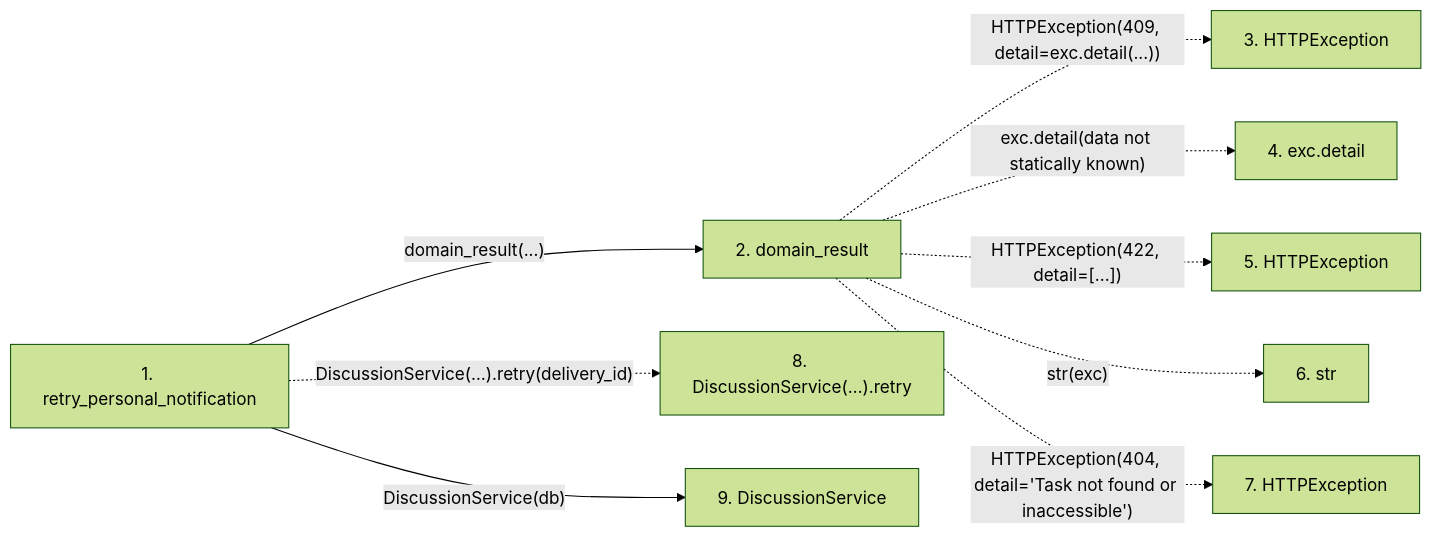
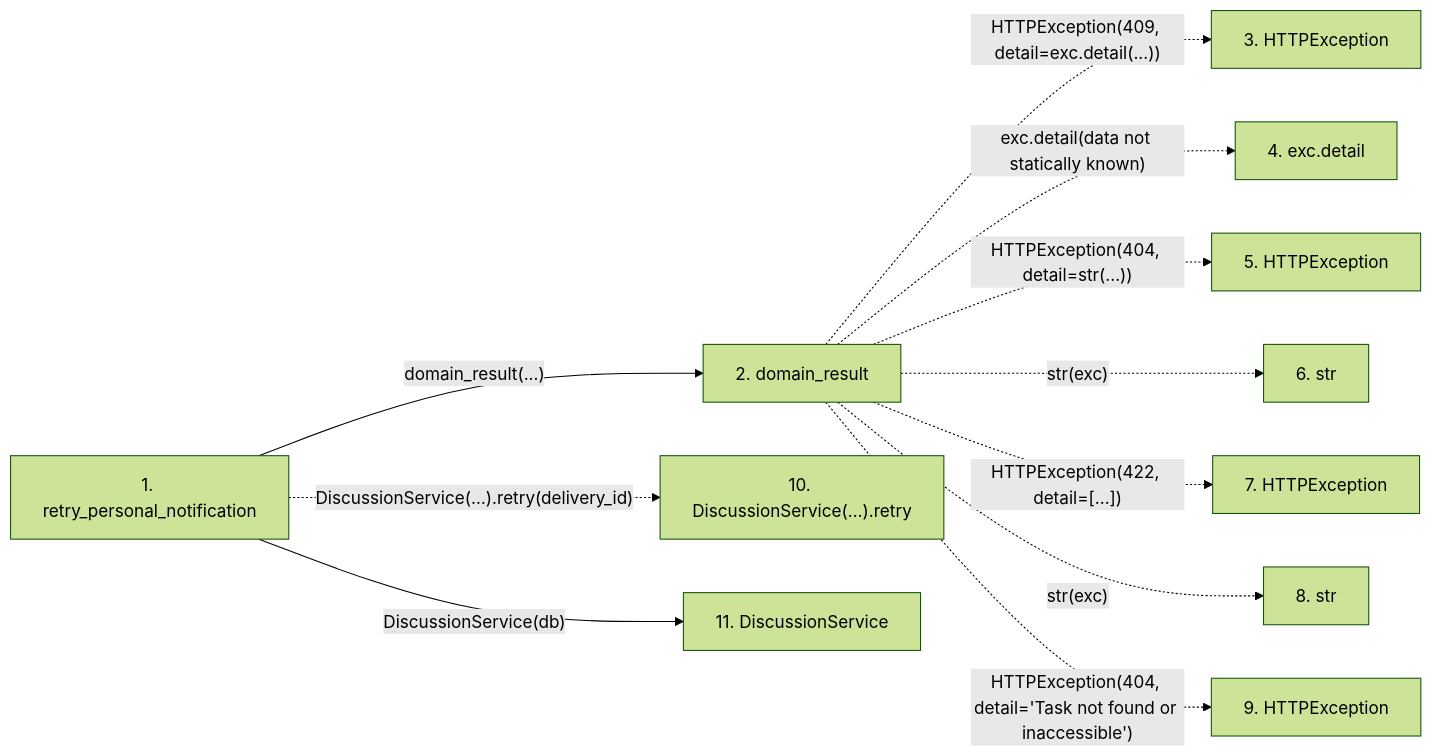
One commit to Denissvgn/WorkChord changed the second of 2 diagrams in docs/llm_wiki/flows/http-retry_personal_notification.md. Above: the diagram before and after it, drawn with Mermaid (forest theme). The commit also changed other lines of this file and 6624 other files, not shown here.

````diff
--- a/docs/llm_wiki/flows/http-retry_personal_notification.md
+++ b/docs/llm_wiki/flows/http-retry_personal_notification.md
@@ -32,23 +34,27 @@
 ```mermaid
 flowchart LR
     s1["1. retry_personal_notification"]
     s2["2. domain_result"]
     s3["3. HTTPException"]
     s4["4. exc.detail"]
     s5["5. HTTPException"]
     s6["6. str"]
     s7["7. HTTPException"]
-    s8["8. DiscussionService(…).retry"]
-    s9["9. DiscussionService"]
+    s8["8. str"]
+    s9["9. HTTPException"]
+    s10["10. DiscussionService(…).retry"]
+    s11["11. DiscussionService"]
     s1 -->|"domain_result(...)"| s2
     s2 -. "HTTPException(409, detail=exc.detail(...))" .-> s3
     s2 -. "exc.detail(data not statically known)" .-> s4
-    s2 -. "HTTPException(422, detail=[...])" .-> s5
+    s2 -. "HTTPException(404, detail=str(...))" .-> s5
     s2 -. "str(exc)" .-> s6
-    s2 -. "HTTPException(404, detail='Task not found or inaccessible')" .-> s7
-    s1 -. "DiscussionService(…).retry(delivery_id)" .-> s8
-    s1 -->|"DiscussionService(db)"| s9
+    s2 -. "HTTPException(422, detail=[...])" .-> s7
+    s2 -. "str(exc)" .-> s8
+    s2 -. "HTTPException(404, detail='Task not found or inaccessible')" .-> s9
+    s1 -. "DiscussionService(…).retry(delivery_id)" .-> s10
+    s1 -->|"DiscussionService(db)"| s11
     click s1 "../modules/routers_discussion.md"
     click s2 "../modules/routers_task_domain.md"
-    click s9 "../modules/discussion_service.md"
+    click s11 "../modules/discussion_service.md"
 ```
````
